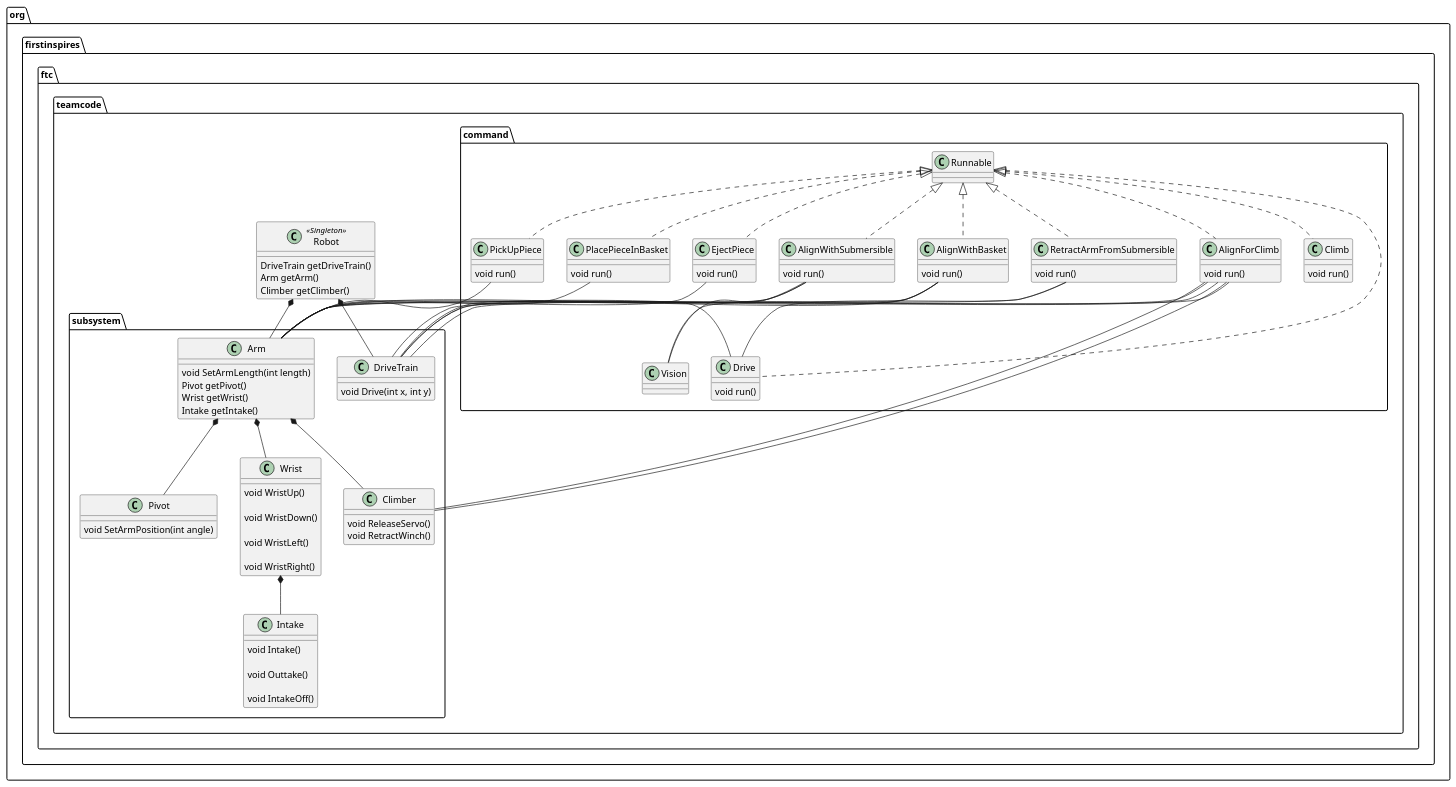
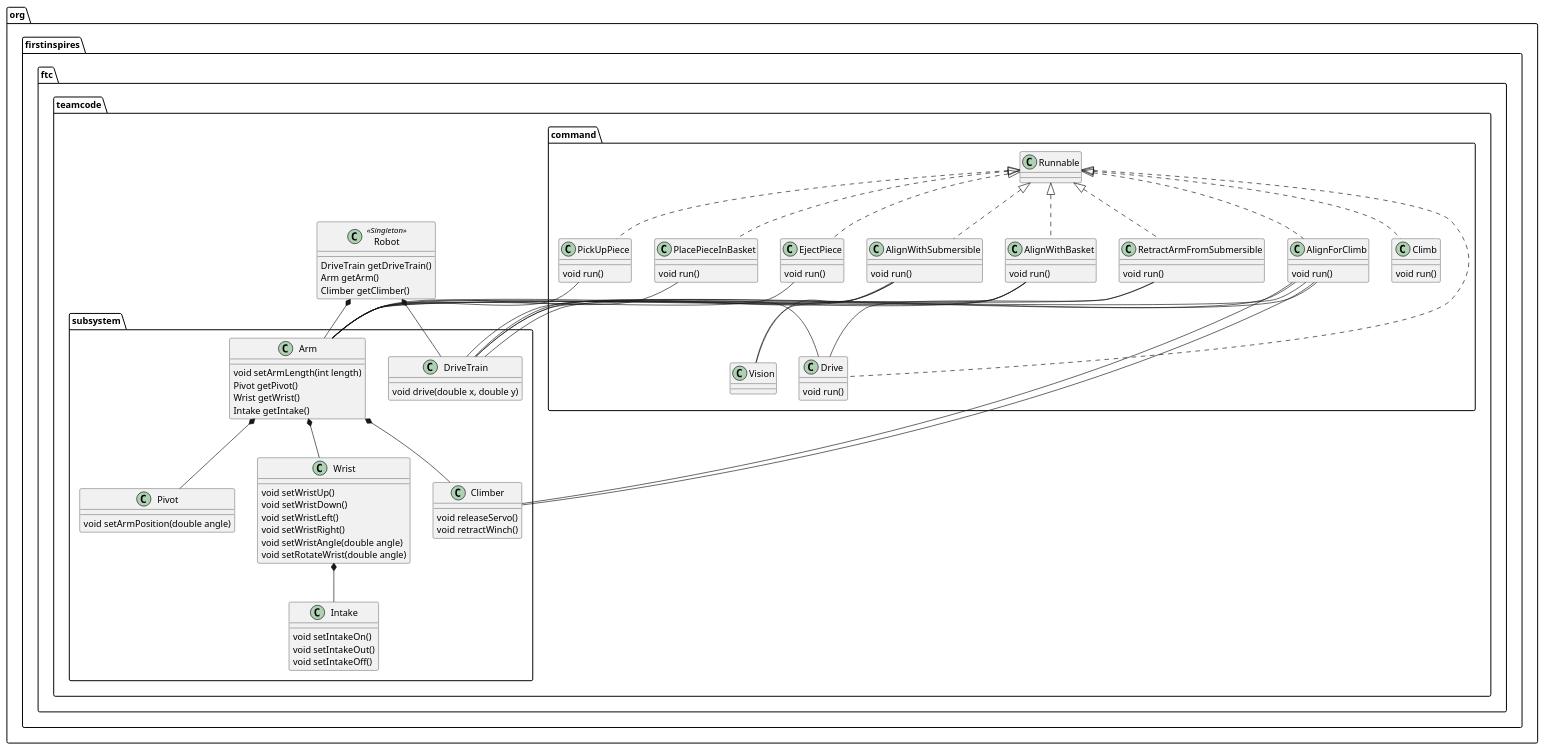
One commit to ftc10820/CyberDragons10820 changed the diagram in TeamCode/src/main/java/org/firstinspires/ftc/teamcode/plantuml.puml. Above: the diagram before and after it, drawn with PlantUML.

Commit message:
Updated formatting. Added a couple of calls, normalized camel-case.

```diff
--- a/TeamCode/src/main/java/org/firstinspires/ftc/teamcode/plantuml.puml
+++ b/TeamCode/src/main/java/org/firstinspires/ftc/teamcode/plantuml.puml
@@ -1,137 +1,119 @@
 @startuml
 
 package org.firstinspires.ftc.teamcode {
-class Robot << Singleton >> {
-    DriveTrain getDriveTrain()
-    Arm getArm()
-    Climber getClimber()
-}
+    class Robot << Singleton >> {
+        DriveTrain getDriveTrain()
+        Arm getArm()
+        Climber getClimber()
+    }
 
-package org.firstinspires.ftc.teamcode.subsystem {
-class DriveTrain{
+    package org.firstinspires.ftc.teamcode.subsystem {
+        class DriveTrain{
+            void drive(double x, double y)
+        }
 
-void Drive(int x, int y)
+        class Arm{
+           void setArmLength(int length)
+           Pivot getPivot()
+           Wrist getWrist()
+           Intake getIntake()
+        }
 
-}
+        class Intake{
+            void setIntakeOn()
+            void setIntakeOut()
+            void setIntakeOff()
+        }
 
-class Arm{
+        class Wrist{
+            void setWristUp()
+            void setWristDown()
+            void setWristLeft()
+            void setWristRight()
+            void setWristAngle(double angle)
+            void setRotateWrist(double angle)
+        }
 
-   void SetArmLength(int length)
-   Pivot getPivot()
-   Wrist getWrist()
-   Intake getIntake()
-}
+        class Pivot{
+            void setArmPosition(double angle)
+        }
 
-class Intake{
+        class Climber{
+            void releaseServo()
+            void retractWinch()
+        }
 
-    void Intake()
+        Robot *-- DriveTrain
+        Robot *-- Arm
+        Arm *-- Pivot
+        Arm *-- Climber
+        Arm *-- Wrist
+        Wrist *-- Intake
+    }
 
-	void Outtake()
+    package org.firstinspires.ftc.teamcode.command {
+        class EjectPiece {
+            void run()
+        }
 
-	void IntakeOff()
+        class AlignWithSubmersible {
+            void run()
+        }
 
-}
+        class PickUpPiece {
+            void run()
+        }
 
-class Wrist{
+        class RetractArmFromSubmersible {
+            void run()
+        }
 
-    void WristUp()
+        class AlignWithBasket {
+            void run()
+        }
 
-    void WristDown()
+        class PlacePieceInBasket {
+            void run()
+        }
 
-    void WristLeft()
+        class AlignForClimb {
+            void run()
+        }
 
-    void WristRight()
+        class Climb {
+            void run()
+        }
 
-}
+        class Drive {
+            void run()
+        }
 
-class Pivot{
-
-    void SetArmPosition(int angle)
-
-}
-
-class Climber{
-void ReleaseServo()
-void RetractWinch()
-}
-
-Robot *-- DriveTrain
-
-Robot *-- Arm
-
-Arm *-- Pivot
-
-Arm *-- Climber
-
-Arm *-- Wrist
-
-Wrist *-- Intake
-}
-
-package org.firstinspires.ftc.teamcode.command {
-class EjectPiece {
-    void run()
-}
-
-class AlignWithSubmersible {
-    void run()
-}
-
-class PickUpPiece {
-    void run()
-}
-
-class RetractArmFromSubmersible {
-    void run()
-}
-
-class AlignWithBasket {
-    void run()
-}
-
-class PlacePieceInBasket {
-    void run()
-}
-
-class AlignForClimb {
-    void run()
-}
-
-class Climb {
-    void run()
-}
-
-class Drive {
-    void run()
-}
-
-Runnable <|-[dashed]- PickUpPiece
-PickUpPiece -- Arm
-Runnable <|-[dashed]- EjectPiece
-EjectPiece -- Arm
-Runnable <|-[dashed]- AlignWithSubmersible
-AlignWithSubmersible -- DriveTrain
-AlignWithSubmersible -- Arm
-AlignWithSubmersible -- Vision
-Runnable <|-[dashed]- RetractArmFromSubmersible
-RetractArmFromSubmersible -- Drive
-RetractArmFromSubmersible -- Arm
-Runnable <|-[dashed]- AlignWithBasket
-AlignWithBasket -- DriveTrain
-AlignWithBasket -- Arm
-AlignWithBasket -- Vision
-Runnable <|-[dashed]- PlacePieceInBasket
-PlacePieceInBasket -- Arm
-Runnable <|-[dashed]- AlignForClimb
-AlignForClimb -- Arm
-AlignForClimb -- Climber
-AlignForClimb -- DriveTrain
-Runnable <|-[dashed]- Climb
-AlignForClimb -- Climber
-AlignForClimb -- DriveTrain
-Runnable <|-[dashed]- Drive
-Drive -- DriveTrain
-
-}
+        Runnable <|-[dashed]- PickUpPiece
+        PickUpPiece -- Arm
+        Runnable <|-[dashed]- EjectPiece
+        EjectPiece -- Arm
+        Runnable <|-[dashed]- AlignWithSubmersible
+        AlignWithSubmersible -- DriveTrain
+        AlignWithSubmersible -- Arm
+        AlignWithSubmersible -- Vision
+        Runnable <|-[dashed]- RetractArmFromSubmersible
+        RetractArmFromSubmersible -- Drive
+        RetractArmFromSubmersible -- Arm
+        Runnable <|-[dashed]- AlignWithBasket
+        AlignWithBasket -- DriveTrain
+        AlignWithBasket -- Arm
+        AlignWithBasket -- Vision
+        Runnable <|-[dashed]- PlacePieceInBasket
+        PlacePieceInBasket -- Arm
+        Runnable <|-[dashed]- AlignForClimb
+        AlignForClimb -- Arm
+        AlignForClimb -- Climber
+        AlignForClimb -- DriveTrain
+        Runnable <|-[dashed]- Climb
+        AlignForClimb -- Climber
+        AlignForClimb -- DriveTrain
+        Runnable <|-[dashed]- Drive
+        Drive -- DriveTrain
+    }
 }
 @enduml
```
